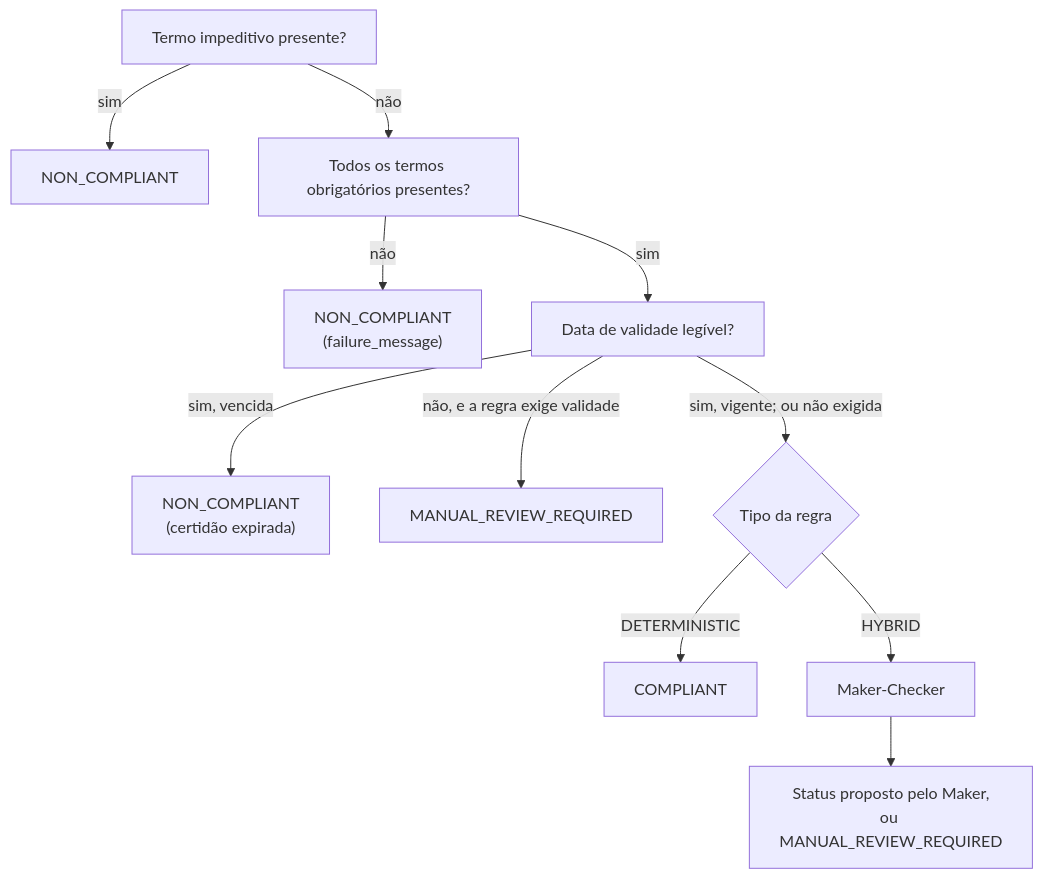
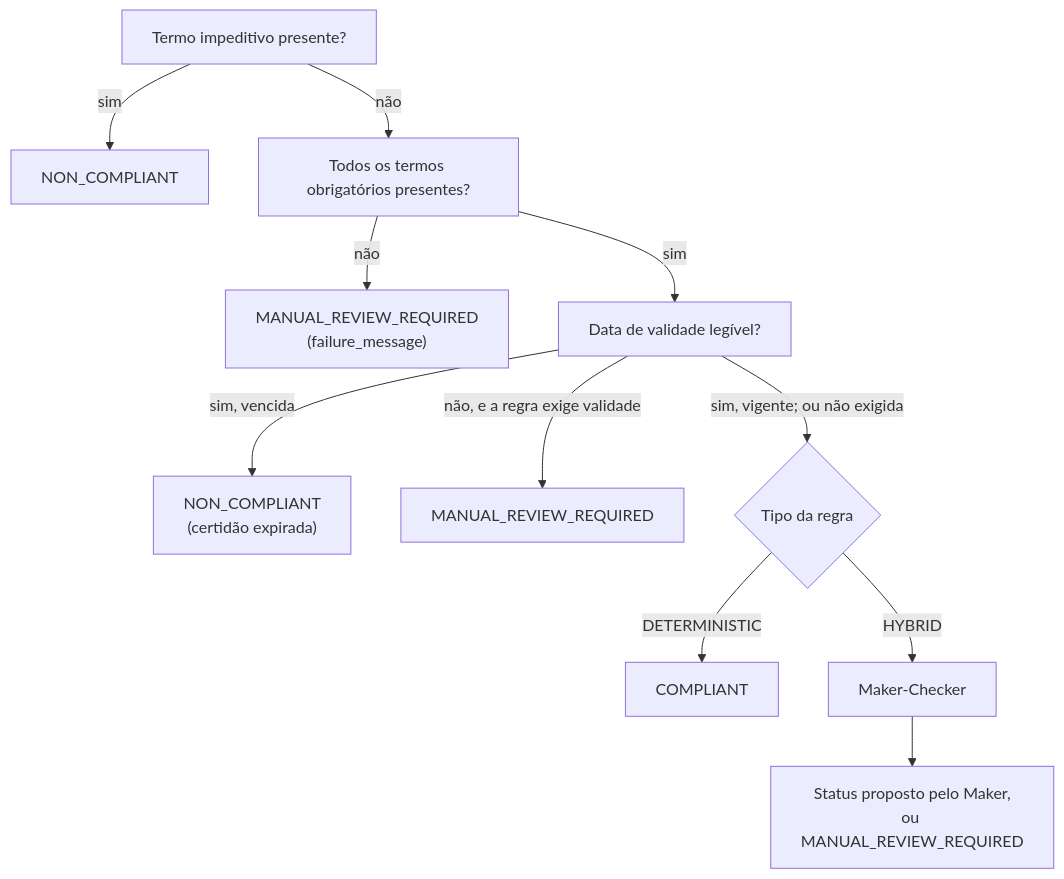
Before and after one commit to conformia-bndes/conformia-platform: the diagram in docs/engineering/rules-engine.md, drawn with Mermaid. The commit also changed other lines of this file and 3 other files, not shown here.

````diff
--- a/docs/engineering/rules-engine.md
+++ b/docs/engineering/rules-engine.md
@@ -57,13 +57,13 @@
 ```mermaid
 flowchart TD
     A["Termo impeditivo presente?"] -->|sim| NC1["NON_COMPLIANT"]
     A -->|não| B["Todos os termos obrigatórios presentes?"]
-    B -->|não| NC2["NON_COMPLIANT<br/>(failure_message)"]
+    B -->|não| MR0["MANUAL_REVIEW_REQUIRED<br/>(failure_message)"]
     B -->|sim| C["Data de validade legível?"]
     C -->|"sim, vencida"| NC3["NON_COMPLIANT<br/>(certidão expirada)"]
     C -->|"não, e a regra exige validade"| MR["MANUAL_REVIEW_REQUIRED"]
     C -->|"sim, vigente; ou não exigida"| D{"Tipo da regra"}
     D -->|DETERMINISTIC| OK["COMPLIANT"]
     D -->|HYBRID| MC["Maker-Checker"]
     MC --> R["Status proposto pelo Maker,<br/>ou MANUAL_REVIEW_REQUIRED"]
 ```
````
